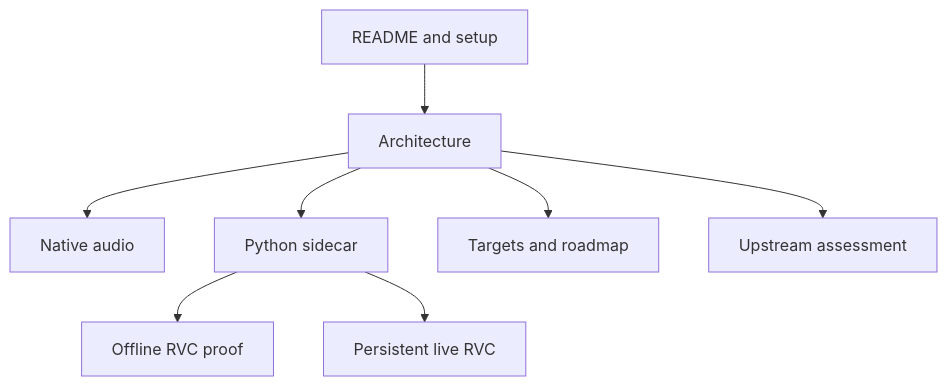
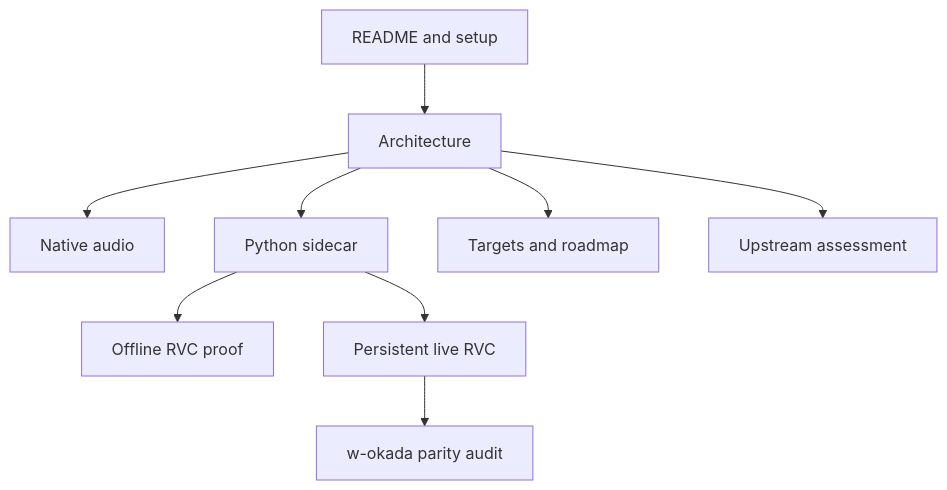
The diagram in docs/README.md (itzcaesar/VC-Next), drawn with Mermaid before and after one commit. The commit also changed other lines of this file and 9 other files, not shown here.

````diff
--- a/docs/README.md
+++ b/docs/README.md
@@ -10,10 +10,11 @@
 ```mermaid
 flowchart TD
     Start["README and setup"] --> Architecture["Architecture"]
     Architecture --> Audio["Native audio"]
     Architecture --> Sidecar["Python sidecar"]
     Sidecar --> Offline["Offline RVC proof"]
     Sidecar --> Live["Persistent live RVC"]
+    Live --> Parity["w-okada parity audit"]
     Architecture --> Targets["Targets and roadmap"]
     Architecture --> Upstream["Upstream assessment"]
 ```
````
